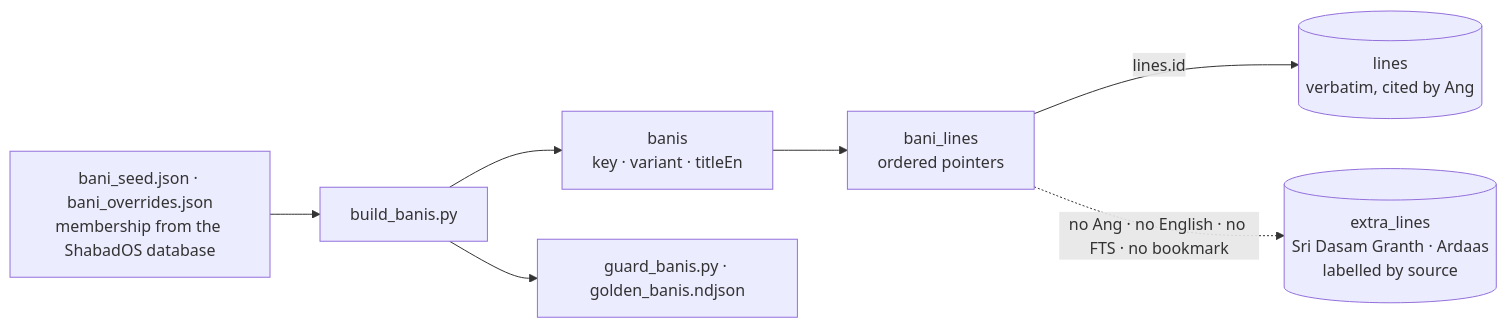
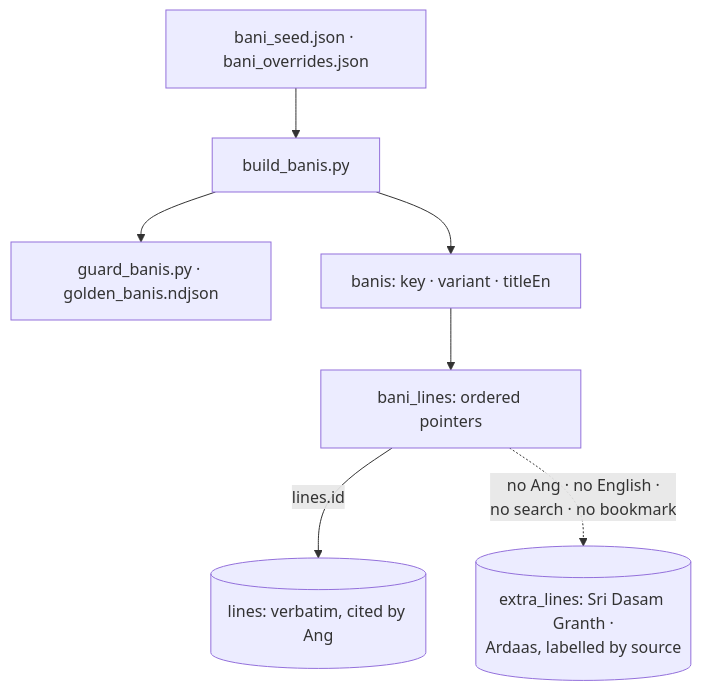
One commit to Algorythmos-AI/sggs-platform changed the diagram in docs/ios/nitnem-for-engineers.md. Above: the diagram before and after it, drawn with Mermaid. The commit also changed 18 other files, not shown here.

````diff
--- a/docs/ios/nitnem-for-engineers.md
+++ b/docs/ios/nitnem-for-engineers.md
@@ -19,10 +19,11 @@
 ```mermaid
-flowchart LR
+flowchart TB
     accTitle: The bani registry points into the verbatim corpus; non-SGGS text is a separate labelled layer
-    banis["banis<br/>key · variant · titleEn"] --> bl["bani_lines<br/>ordered pointers"]
-    bl -->|lines.id| lines[("lines<br/>verbatim, cited by Ang")]
-    bl -.->|no Ang · no English · no FTS · no bookmark| extra[("extra_lines<br/>Sri Dasam Granth · Ardaas<br/>labelled by source")]
-    seed["bani_seed.json · bani_overrides.json<br/>membership from the ShabadOS database"] --> build["build_banis.py"]
-    build --> banis
+    accDescr: build_banis.py reads the seed and the overrides (membership from the ShabadOS database) and writes the banis table and its ordered bani_lines pointers, checked by guard_banis.py and the golden banis vectors. A pointer names a verbatim line of the corpus by id, cited by Ang; non-SGGS text lives in extra_lines, labelled by source, with no Ang, no English, no search and no bookmark.
+    seed["bani_seed.json · bani_overrides.json"] --> build["build_banis.py"]
     build --> guard["guard_banis.py · golden_banis.ndjson"]
+    build --> banis["banis: key · variant · titleEn"]
+    banis --> bl["bani_lines: ordered pointers"]
+    bl -->|lines.id| lines[("lines: verbatim, cited by Ang")]
+    bl -.->|no Ang · no English ·<br/>no search · no bookmark| extra[("extra_lines: Sri Dasam Granth ·<br/>Ardaas, labelled by source")]
 ```
````
